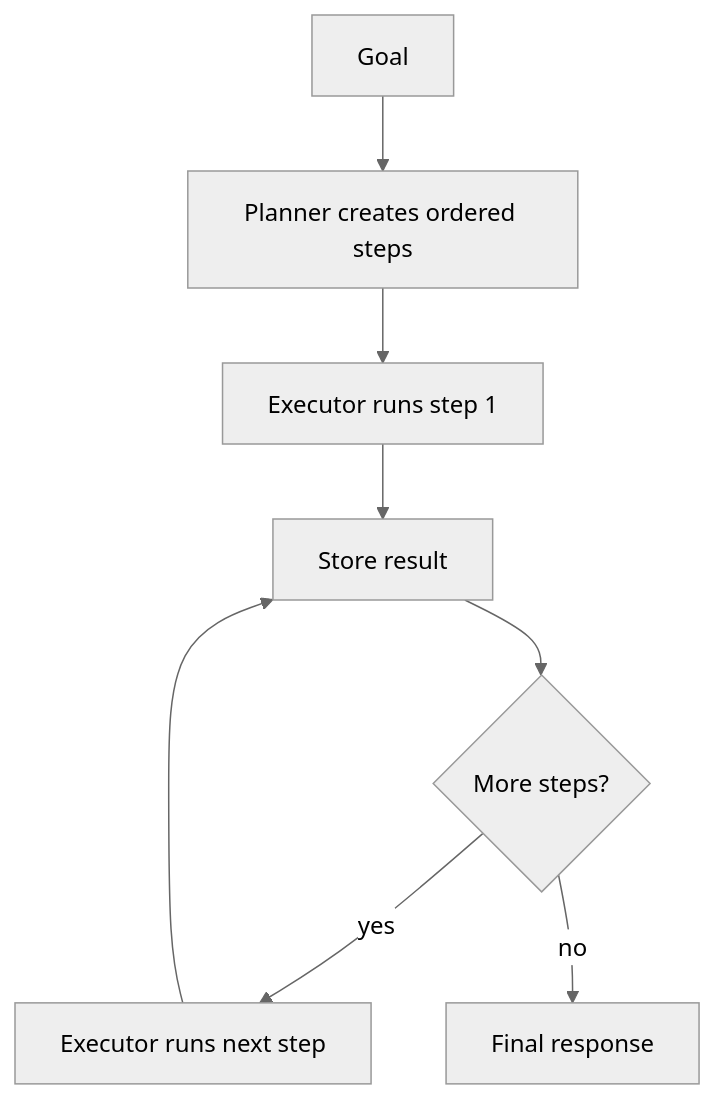
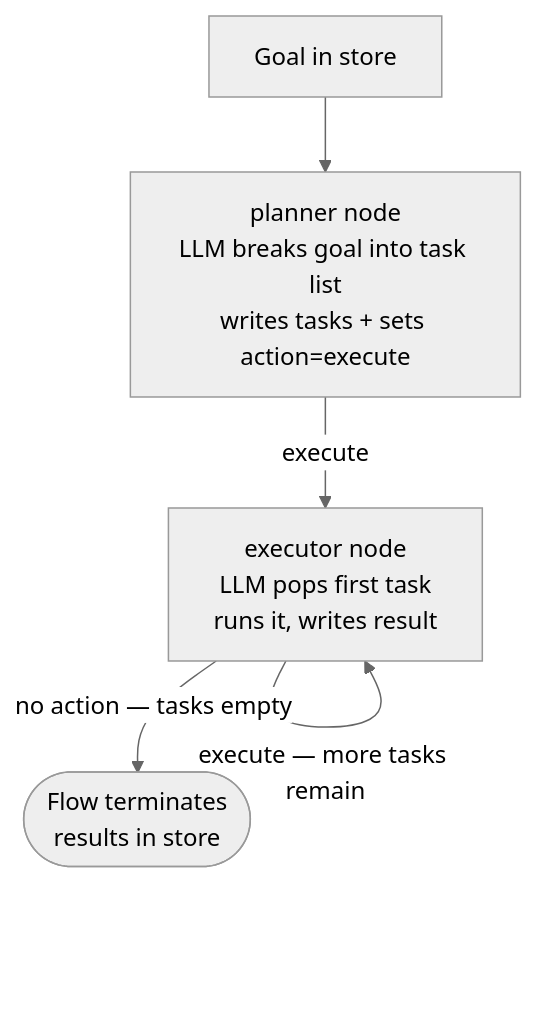
The diagram in examples/PLAN_AND_EXECUTE.md (EzekTec-Inc/AgentFlow), drawn with Mermaid (neutral theme) before and after one commit. The commit also changed other lines of this file and 14 other files, not shown here.

````diff
--- a/examples/PLAN_AND_EXECUTE.md
+++ b/examples/PLAN_AND_EXECUTE.md
@@ -21,10 +19,7 @@
 ```mermaid
 flowchart TD
-    A[Goal] --> B[Planner creates ordered steps]
-    B --> C[Executor runs step 1]
-    C --> D[Store result]
-    D --> E{More steps?}
-    E -->|yes| F[Executor runs next step]
-    F --> D
-    E -->|no| G[Final response]
+    A[Goal in store] --> B[planner node\nLLM breaks goal into task list\nwrites tasks + sets action=execute]
+    B -->|execute| C[executor node\nLLM pops first task\nruns it, writes result]
+    C -->|execute — more tasks remain| C
+    C -->|no action — tasks empty| D([Flow terminates\nresults in store])
 ```
````
